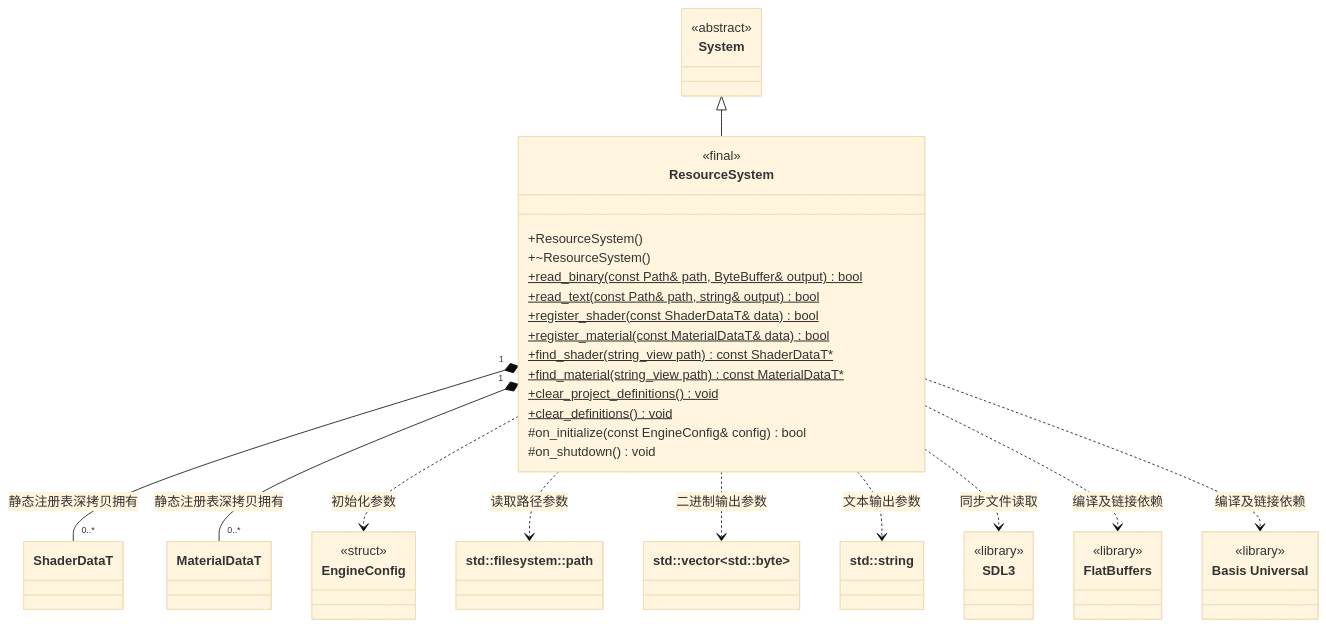
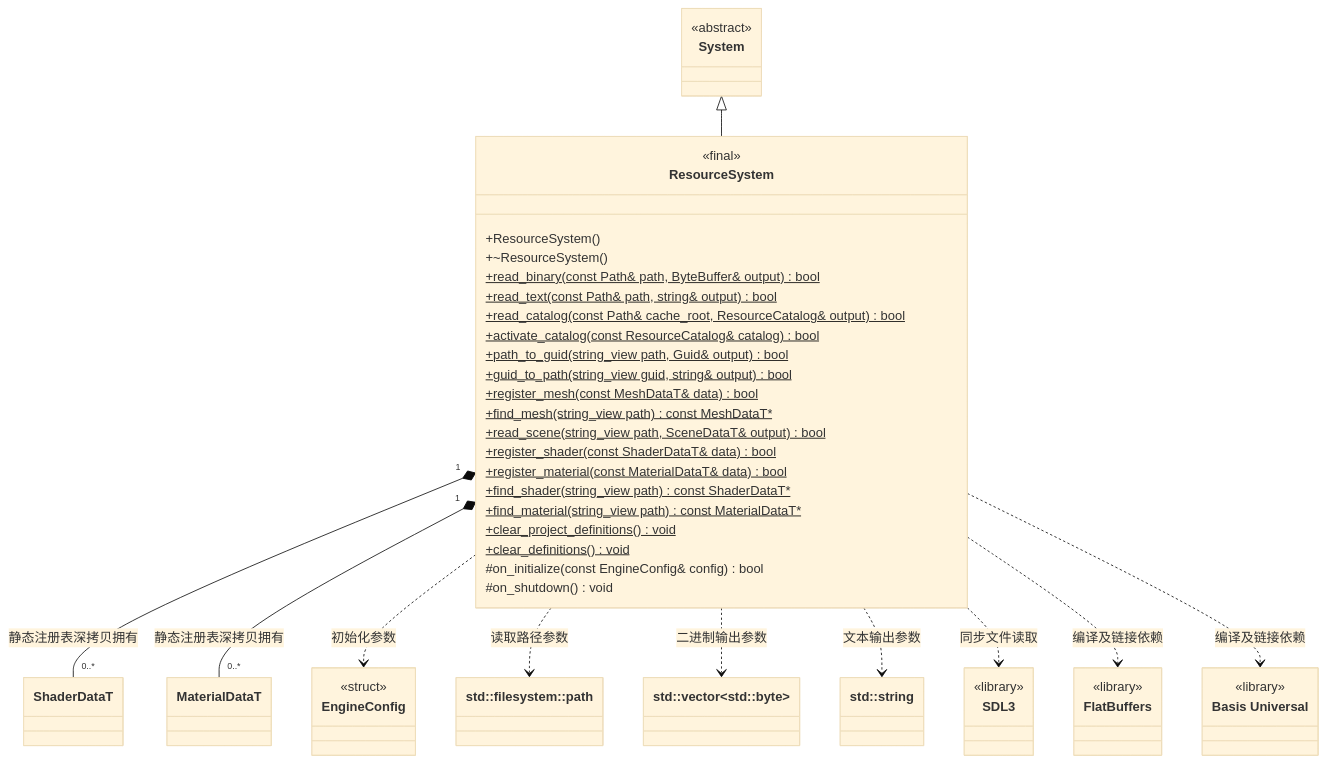
Before and after one commit to lcals/Engine: the first of 2 diagrams in docs/runtime/class-diagrams/resource-system.md, drawn with Mermaid (base theme). The commit also changed other lines of this file and 114 other files, not shown here.

Commit message:
feat: add GUID asset pipeline and full resource synchronization

````diff
--- a/docs/runtime/class-diagrams/resource-system.md
+++ b/docs/runtime/class-diagrams/resource-system.md
@@ -7,49 +7,56 @@
 ```mermaid
 classDiagram
     direction TB
     class ResourceSystem {
         <<final>>
         +ResourceSystem()
         +~ResourceSystem()
         +read_binary(const Path& path, ByteBuffer& output) bool$
         +read_text(const Path& path, string& output) bool$
+        +read_catalog(const Path& cache_root, ResourceCatalog& output) bool$
+        +activate_catalog(const ResourceCatalog& catalog) bool$
+        +path_to_guid(string_view path, Guid& output) bool$
+        +guid_to_path(string_view guid, string& output) bool$
+        +register_mesh(const MeshDataT& data) bool$
+        +find_mesh(string_view path) const MeshDataT#42;$
+        +read_scene(string_view path, SceneDataT& output) bool$
         +register_shader(const ShaderDataT& data) bool$
         +register_material(const MaterialDataT& data) bool$
         +find_shader(string_view path) const ShaderDataT#42;$
         +find_material(string_view path) const MaterialDataT#42;$
         +clear_project_definitions() void$
         +clear_definitions() void$
         #on_initialize(const EngineConfig& config) bool
         #on_shutdown() void
     }
     class System {
         <<abstract>>
     }
     class EngineConfig {
         <<struct>>
     }
     class Path["std::filesystem::path"]
     class ByteBuffer["std::vector&lt;std::byte&gt;"]
     class String["std::string"]
     class SDL3 {
         <<library>>
     }
     class FlatBuffers {
         <<library>>
     }
     class BasisUniversal["Basis Universal"] {
         <<library>>
     }
     class ShaderDataT
     class MaterialDataT
     System <|-- ResourceSystem
     ResourceSystem "1" *-- "0..*" ShaderDataT : 静态注册表深拷贝拥有
     ResourceSystem "1" *-- "0..*" MaterialDataT : 静态注册表深拷贝拥有
     ResourceSystem ..> EngineConfig : 初始化参数
     ResourceSystem ..> Path : 读取路径参数
     ResourceSystem ..> ByteBuffer : 二进制输出参数
     ResourceSystem ..> String : 文本输出参数
     ResourceSystem ..> SDL3 : 同步文件读取
     ResourceSystem ..> FlatBuffers : 编译及链接依赖
     ResourceSystem ..> BasisUniversal : 编译及链接依赖
 ```
````
